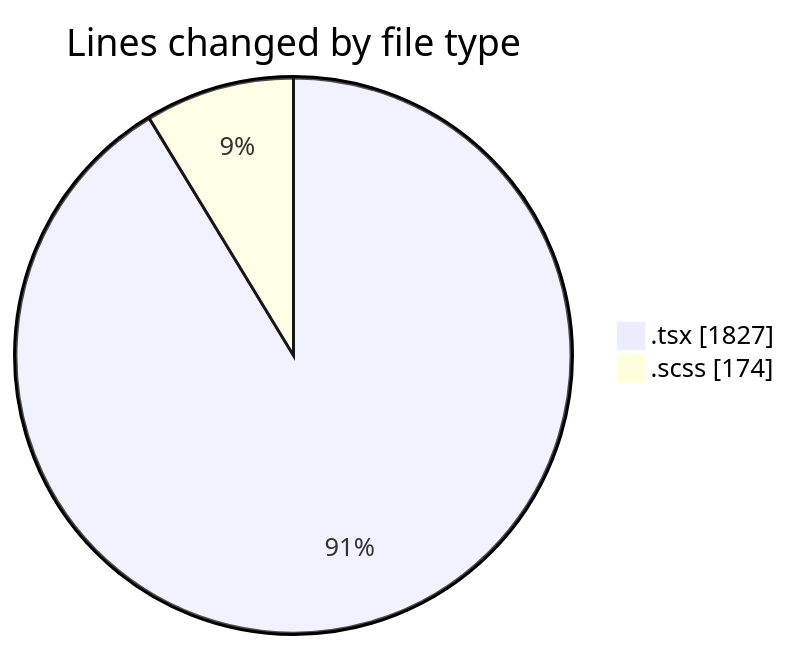
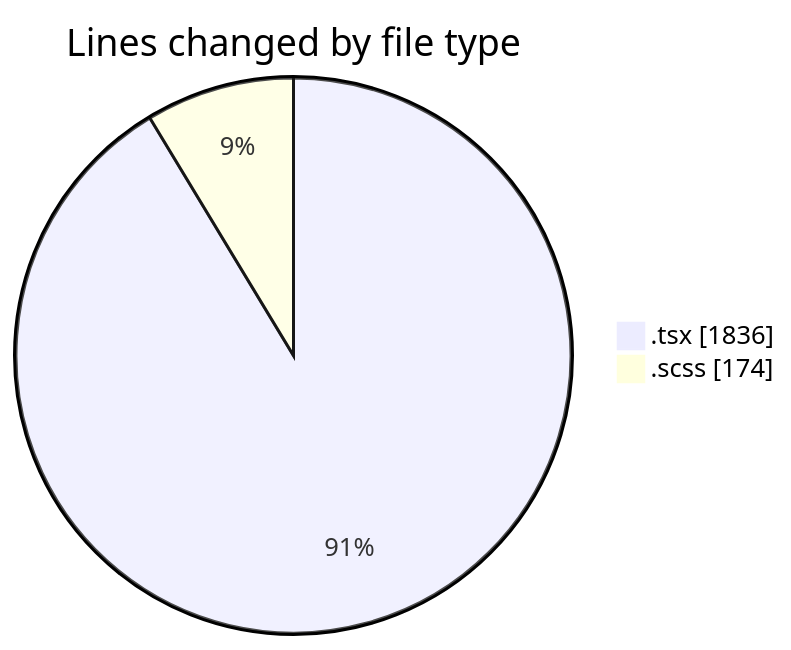
One commit to momahboobian/code-tracking changed the first of 2 diagrams in 2025-04-07/cda/README.md. Above: the diagram before and after it, drawn with Mermaid. The commit also changed other lines of this file and 1 other file, not shown here.

````diff
--- a/2025-04-07/cda/README.md
+++ b/2025-04-07/cda/README.md
@@ -26,6 +26,6 @@
 ```mermaid
 pie showData
 title Lines changed by file type
-".tsx" : 1827
+".tsx" : 1836
 ".scss" : 174
 ```
````
